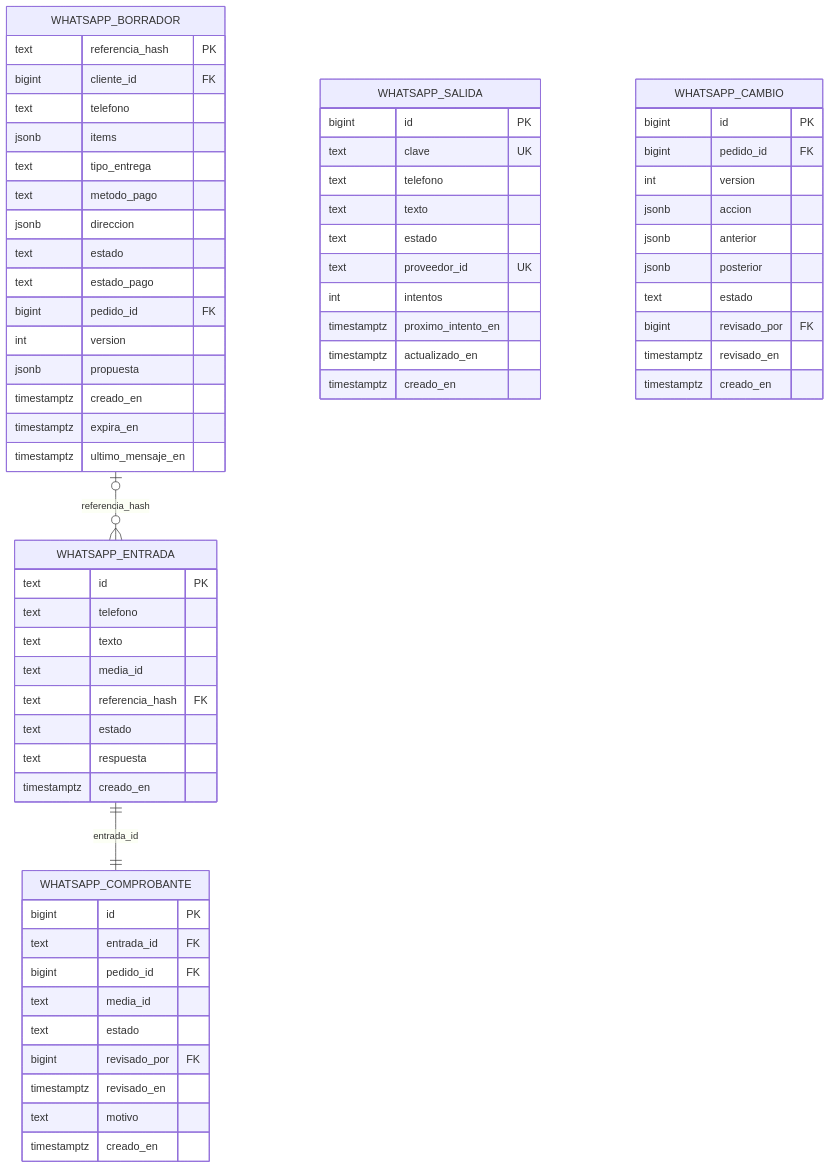
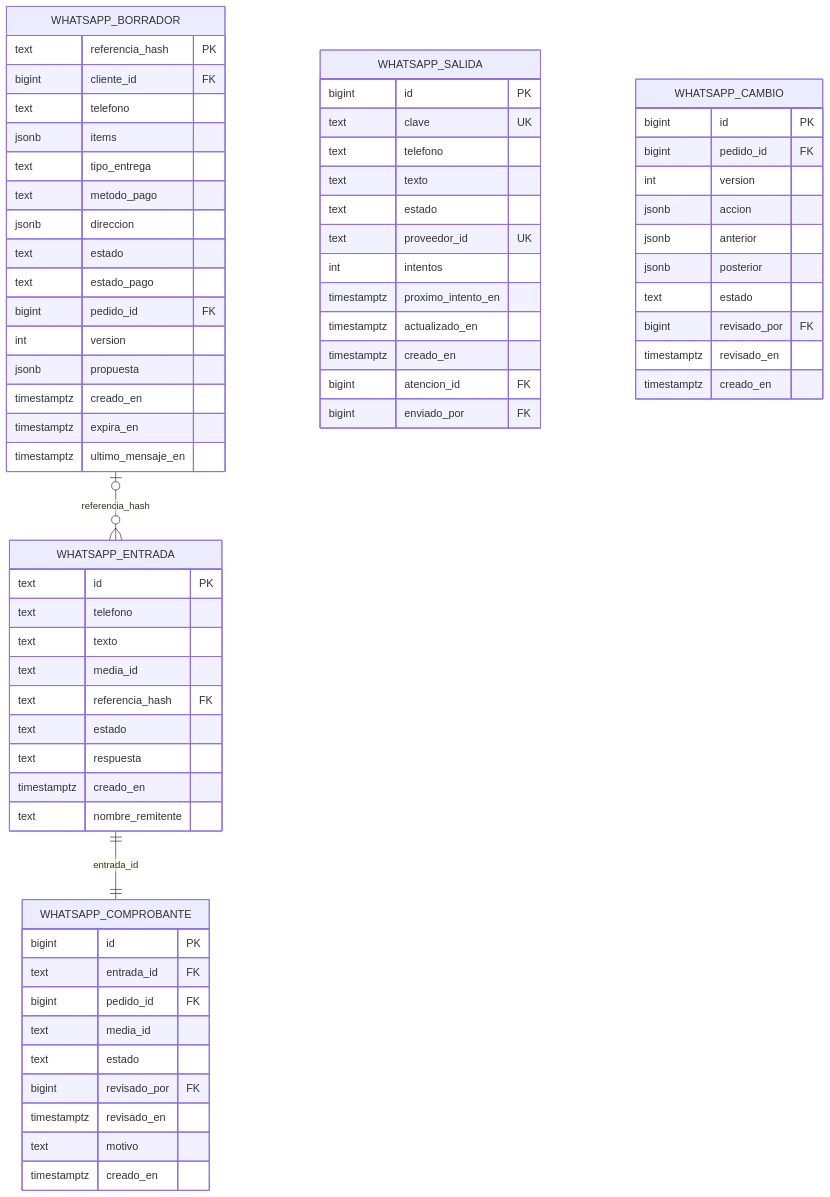
Before and after one commit to Ignapag/Proyecto---Seminario-Integrador-2026: the eighth of 10 diagrams in docs/DER.md, drawn with Mermaid. The commit also changed other lines of this file and 32 other files, not shown here.

````diff
--- a/docs/DER.md
+++ b/docs/DER.md
@@ -454,67 +462,70 @@
 ```mermaid
 erDiagram
     WHATSAPP_BORRADOR o|--o{ WHATSAPP_ENTRADA : referencia_hash
     WHATSAPP_ENTRADA ||--|| WHATSAPP_COMPROBANTE : entrada_id
     WHATSAPP_BORRADOR {
         text referencia_hash PK
         bigint cliente_id FK
         text telefono
         jsonb items
         text tipo_entrega
         text metodo_pago
         jsonb direccion
         text estado
         text estado_pago
         bigint pedido_id FK
         int version
         jsonb propuesta
         timestamptz creado_en
         timestamptz expira_en
         timestamptz ultimo_mensaje_en
     }
     WHATSAPP_ENTRADA {
         text id PK
         text telefono
         text texto
         text media_id
         text referencia_hash FK
         text estado
         text respuesta
         timestamptz creado_en
+        text nombre_remitente
     }
     WHATSAPP_SALIDA {
         bigint id PK
         text clave UK
         text telefono
         text texto
         text estado
         text proveedor_id UK
         int intentos
         timestamptz proximo_intento_en
         timestamptz actualizado_en
         timestamptz creado_en
+        bigint atencion_id FK
+        bigint enviado_por FK
     }
     WHATSAPP_CAMBIO {
         bigint id PK
         bigint pedido_id FK
         int version
         jsonb accion
         jsonb anterior
         jsonb posterior
         text estado
         bigint revisado_por FK
         timestamptz revisado_en
         timestamptz creado_en
     }
     WHATSAPP_COMPROBANTE {
         bigint id PK
         text entrada_id FK
         bigint pedido_id FK
         text media_id
         text estado
         bigint revisado_por FK
         timestamptz revisado_en
         text motivo
         timestamptz creado_en
     }
 ```
````
